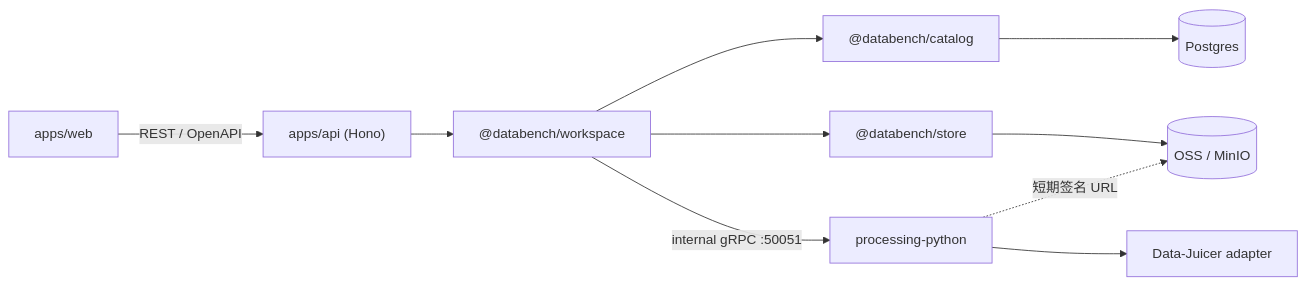
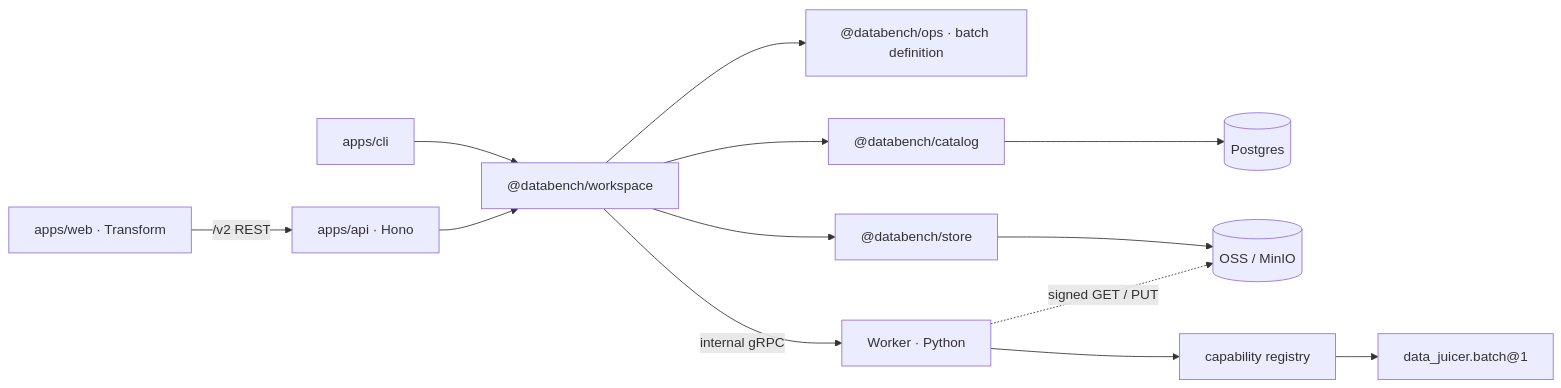
The first of 3 diagrams in docs/processing/TECHNICAL_DESIGN.md (joezhoujinjing/databench), drawn with Mermaid before and after one commit. The commit also changed other lines of this file and 11 other files, not shown here.

````diff
--- a/docs/processing/TECHNICAL_DESIGN.md
+++ b/docs/processing/TECHNICAL_DESIGN.md
@@ -70,12 +122,15 @@
 ```mermaid
 flowchart LR
-  Web["apps/web"] -->|"REST / OpenAPI"| API["apps/api (Hono)"]
-  API --> Workspace["@databench/workspace"]
-  Workspace --> Catalog["@databench/catalog"]
-  Workspace --> Store["@databench/store"]
+  Web["apps/web · Transform"] -->|"/v2 REST"| API["apps/api · Hono"]
+  CLI["apps/cli"] --> WS["@databench/workspace"]
+  API --> WS
+  WS --> Ops["@databench/ops · batch definition"]
+  WS --> Catalog["@databench/catalog"]
+  WS --> Store["@databench/store"]
   Catalog --> PG[("Postgres")]
-  Store --> ObjectStore[("OSS / MinIO")]
-  Workspace -->|"internal gRPC :50051"| Worker["processing-python"]
-  Worker --> DJ["Data-Juicer adapter"]
-  Worker -. "短期签名 URL" .-> ObjectStore
+  Store --> OS[("OSS / MinIO")]
+  WS -->|"internal gRPC"| Worker["Worker · Python"]
+  Worker --> Registry["capability registry"]
+  Registry --> DJ["data_juicer.batch@1"]
+  Worker -. "signed GET / PUT" .-> OS
 ```
````
